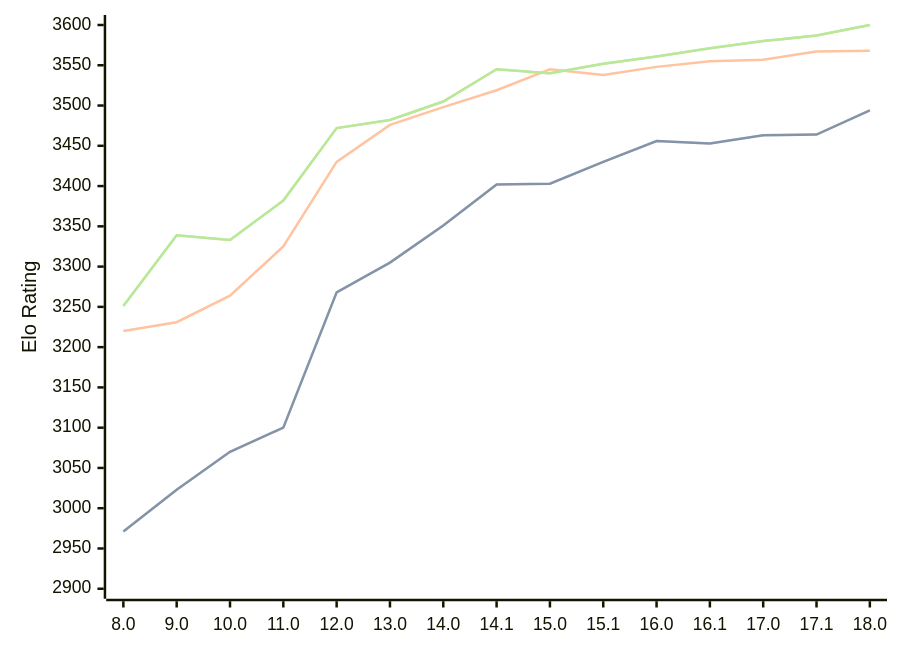
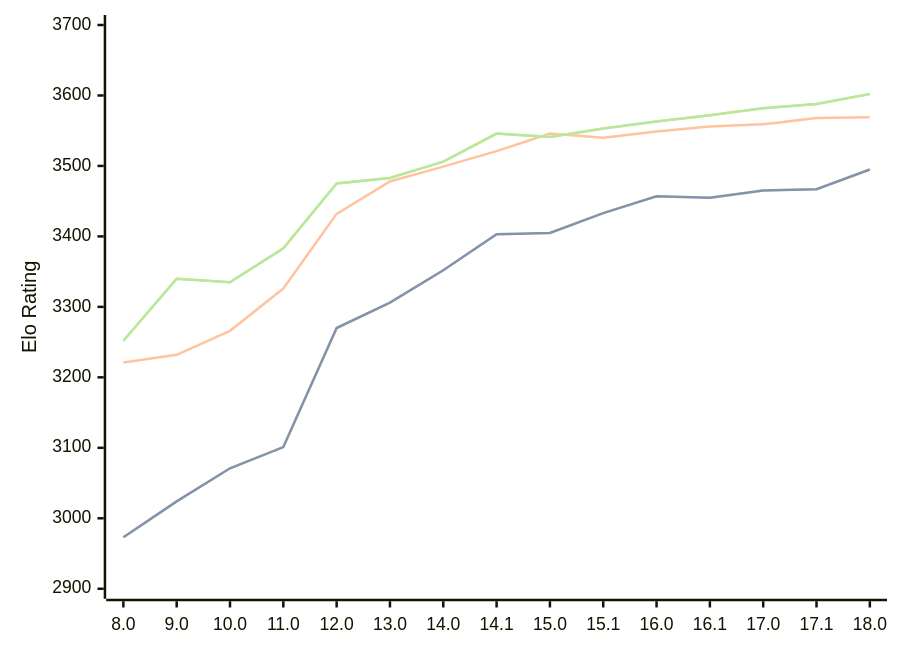
One commit to computer-chess-index/cci changed the diagram in engines/Stockfish.md. Above: the diagram before and after it, drawn with Mermaid. The commit also changed other lines of this file, not shown here.

Commit message:
Update CCI Ratings (ELO VLTC) - 2026-06-11

````diff
--- a/engines/Stockfish.md
+++ b/engines/Stockfish.md
@@ -46,11 +46,11 @@
 ```mermaid
 %%{init: {"theme":"base","themeVariables":{"seriesColors:['#a3a3a3','#222221','#faa371']}}}%%
 xychart-beta
   x-axis ["8.0", "9.0", "10.0", "11.0", "12.0", "13.0", "14.0", "14.1", "15.0", "15.1", "16.0", "16.1", "17.0", "17.1", "18.0"]
-  y-axis "Elo Rating" 2900 --> 3600
-  line "STC (8.0+0.08s)" [2971, 3023, 3070, 3100, 3268, 3305, 3351, 3402, 3403, 3430, 3456, 3453, 3463, 3464, 3494]
-  line "STC (8.0+0.08s)" [2971, 3023, 3070, 3100, 3268, 3305, 3351, 3402, 3403, 3430, 3456, 3453, 3463, 3464, 3494]
-  line "LTC (60.0+0.60s)" [3220, 3231, 3264, 3325, 3430, 3476, 3498, 3519, 3545, 3538, 3548, 3555, 3557, 3567, 3568]
-  line "VLTC (2m24s+1.12s)" [3251, 3339, 3333, 3382, 3472, 3482, 3505, 3545, 3540, 3552, 3561, 3571, 3580, 3587, 3600]
-  line "VLTC (2m24s+1.12s)" [3251, 3339, 3333, 3382, 3472, 3482, 3505, 3545, 3540, 3552, 3561, 3571, 3580, 3587, 3600]
+  y-axis "Elo Rating" 2900 --> 3700
+  line "STC (8.0+0.08s)" [2973, 3024, 3071, 3101, 3270, 3306, 3352, 3403, 3405, 3433, 3457, 3455, 3465, 3467, 3495]
+  line "STC (8.0+0.08s)" [2973, 3024, 3071, 3101, 3270, 3306, 3352, 3403, 3405, 3433, 3457, 3455, 3465, 3467, 3495]
+  line "LTC (60.0+0.60s)" [3221, 3232, 3266, 3326, 3432, 3478, 3499, 3521, 3546, 3540, 3549, 3556, 3559, 3568, 3569]
+  line "VLTC (2m24s+1.12s)" [3252, 3340, 3335, 3383, 3475, 3483, 3506, 3546, 3541, 3553, 3563, 3572, 3582, 3588, 3602]
+  line "VLTC (2m24s+1.12s)" [3252, 3340, 3335, 3383, 3475, 3483, 3506, 3546, 3541, 3553, 3563, 3572, 3582, 3588, 3602]
 ```
````
